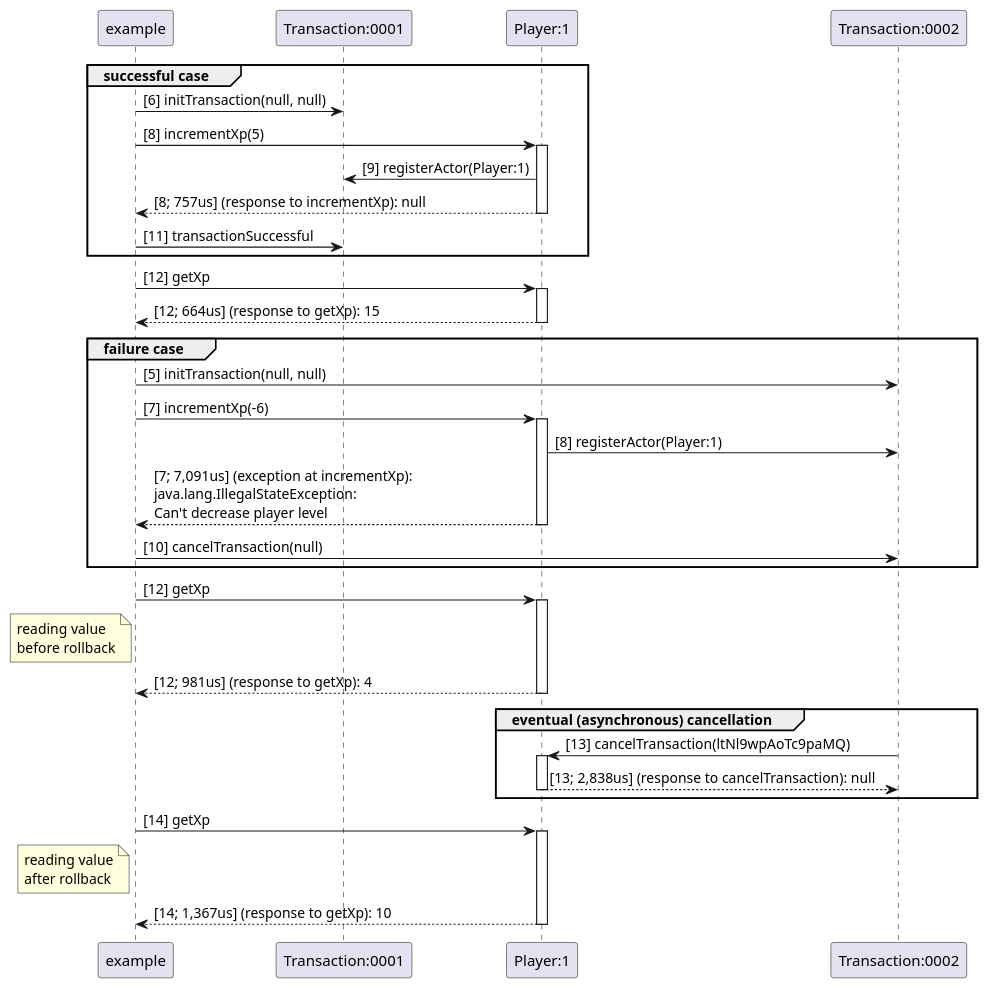
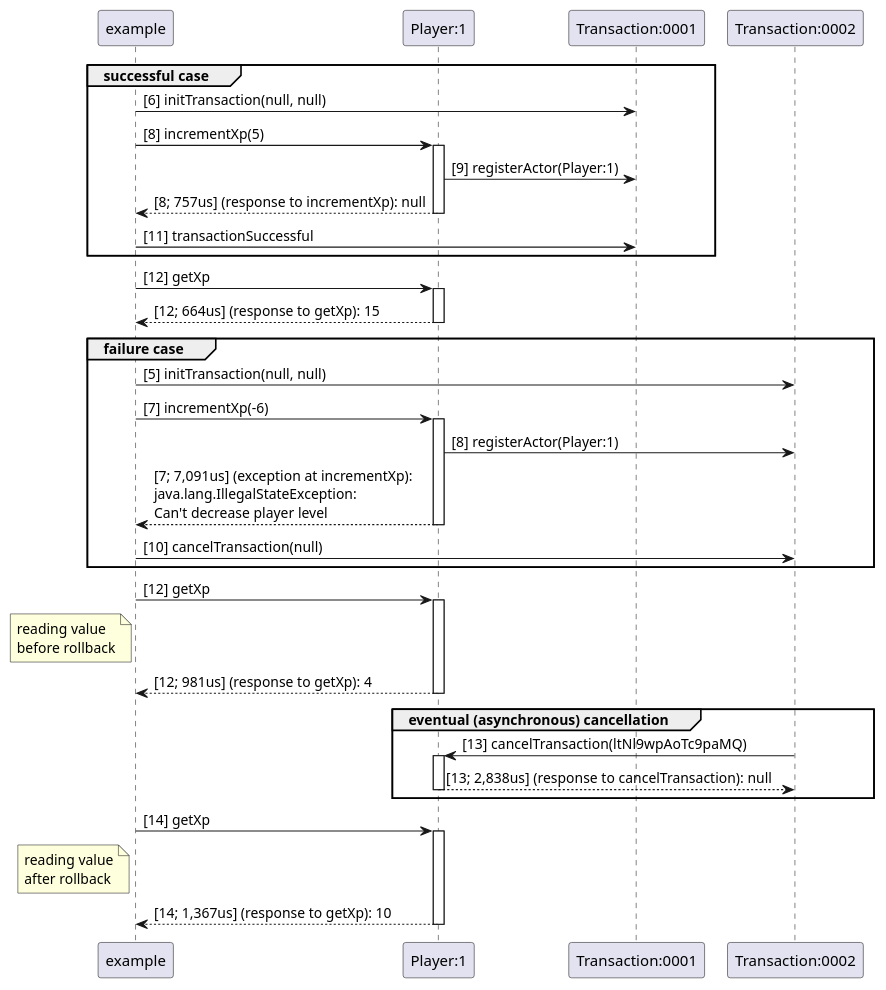
One commit to orbit/orbit changed the diagram in actors/core/src/main/java/com/ea/orbit/actors/transactions/sampleTransaction.puml. Above: the diagram before and after it, drawn with PlantUML. The commit also changed 1 other file, not shown here.

```diff
--- a/actors/core/src/main/java/com/ea/orbit/actors/transactions/sampleTransaction.puml
+++ b/actors/core/src/main/java/com/ea/orbit/actors/transactions/sampleTransaction.puml
@@ -1,56 +1,62 @@
 @startuml
+
+participant "example"
+participant "Player:1"
+participant "Transaction:0001"
+participant "Transaction:0002"
+
 
 group successful case
 "example" -> "Transaction:0001" : [6] initTransaction(null, null)
 "example" -> "Player:1" : [8] incrementXp(5)
 activate "Player:1"
 "Player:1" -> "Transaction:0001" : [9] registerActor(Player:1)
 "Player:1" --> "example" : [8; 757us] (response to incrementXp): null
 deactivate "Player:1"
 "example" -> "Transaction:0001" : [11] transactionSuccessful
 end
 
 
 "example" -> "Player:1" : [12] getXp
 activate "Player:1"
 "Player:1" --> "example" : [12; 664us] (response to getXp): 15
 deactivate "Player:1"
 
 
 group failure case
 "example" -> "Transaction:0002" : [5] initTransaction(null, null)
 "example" -> "Player:1" : [7] incrementXp(-6)
 activate "Player:1"
 "Player:1" -> "Transaction:0002" : [8] registerActor(Player:1)
 "Player:1" --> "example" : [7; 7,091us] (exception at incrementXp):\njava.lang.IllegalStateException: \nCan't decrease player level
 deactivate "Player:1"
 "example" -> "Transaction:0002" : [10] cancelTransaction(null)
 end
 
 
 "example" -> "Player:1" : [12] getXp
 note left of  "example"
   reading value
   before rollback
 end note
 activate "Player:1"
 "Player:1" --> "example" : [12; 981us] (response to getXp): 4
 deactivate "Player:1"
 
 group eventual (asynchronous) cancellation
 "Transaction:0002" -> "Player:1" : [13] cancelTransaction(ltNl9wpAoTc9paMQ)
 activate "Player:1"
 "Player:1" --> "Transaction:0002" : [13; 2,838us] (response to cancelTransaction): null
 deactivate "Player:1"
 end
 
 "example" -> "Player:1" : [14] getXp
 note left of  "example"
   reading value
   after rollback
 end note
 activate "Player:1"
 "Player:1" --> "example" : [14; 1,367us] (response to getXp): 10
 deactivate "Player:1"
 
 @enduml
```
